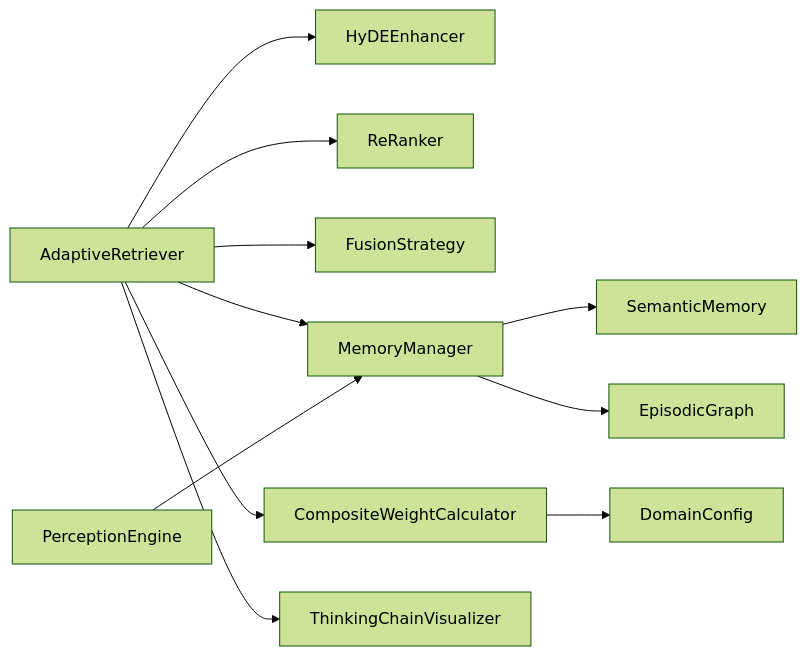
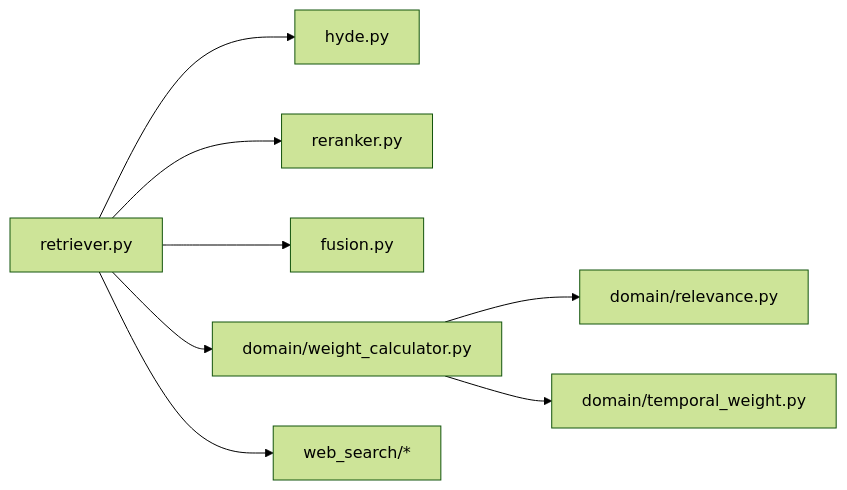
Before and after one commit to JieGaoPrinceton/NecoRAG: the tenth of 10 diagrams in .qoder/repowiki/zh/content/检索引擎模块/检索引擎模块.md, drawn with Mermaid (forest theme). The commit also changed other lines of this file and 181 other files, not shown here.

````diff
--- a/.qoder/repowiki/zh/content/检索引擎模块/检索引擎模块.md
+++ b/.qoder/repowiki/zh/content/检索引擎模块/检索引擎模块.md
@@ -353,13 +344,10 @@
 ```mermaid
 graph LR
-AR["AdaptiveRetriever"] --> HYDE["HyDEEnhancer"]
-AR --> RR["ReRanker"]
-AR --> FS["FusionStrategy"]
-AR --> MM["MemoryManager"]
-MM --> SM["SemanticMemory"]
-MM --> EG["EpisodicGraph"]
-AR --> WC["CompositeWeightCalculator"]
-WC --> DC["DomainConfig"]
-AR --> TV["ThinkingChainVisualizer"]
-PE["PerceptionEngine"] --> MM
+RET["retriever.py"] --> HYDE["hyde.py"]
+RET --> RERANK["reranker.py"]
+RET --> FUSION["fusion.py"]
+RET --> DOMW["domain/weight_calculator.py"]
+DOMW --> REL["domain/relevance.py"]
+DOMW --> TEMP["domain/temporal_weight.py"]
+RET --> WEB["web_search/*"]
 ```
````
